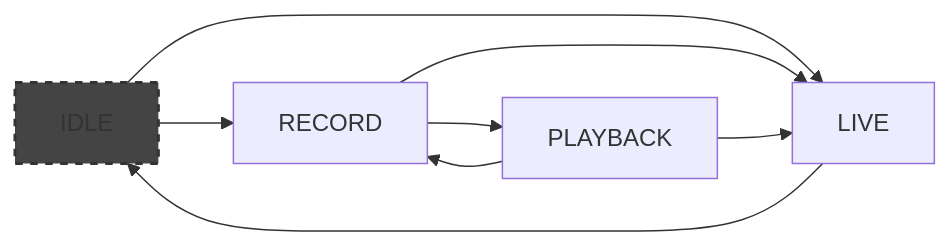
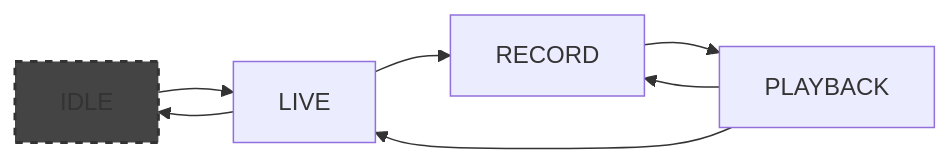
Before and after one commit to ddonyo/camera: the fourth of 4 diagrams in README.md, drawn with Mermaid. The commit also changed other lines of this file and 38 other files, not shown here.

````diff
--- a/README.md
+++ b/README.md
@@ -398,12 +328,11 @@
 ```mermaid
 flowchart LR
     A[IDLE] --> B[LIVE]
-    A --> C[RECORD]
-    C --> B
+    B --> C[RECORD]
     B --> A
     C --> E[PLAYBACK]
     E --> C
     E --> B
 
     style A fill:#444,stroke:#333,stroke-width:2px,stroke-dasharray: 5 5
 ```
````
